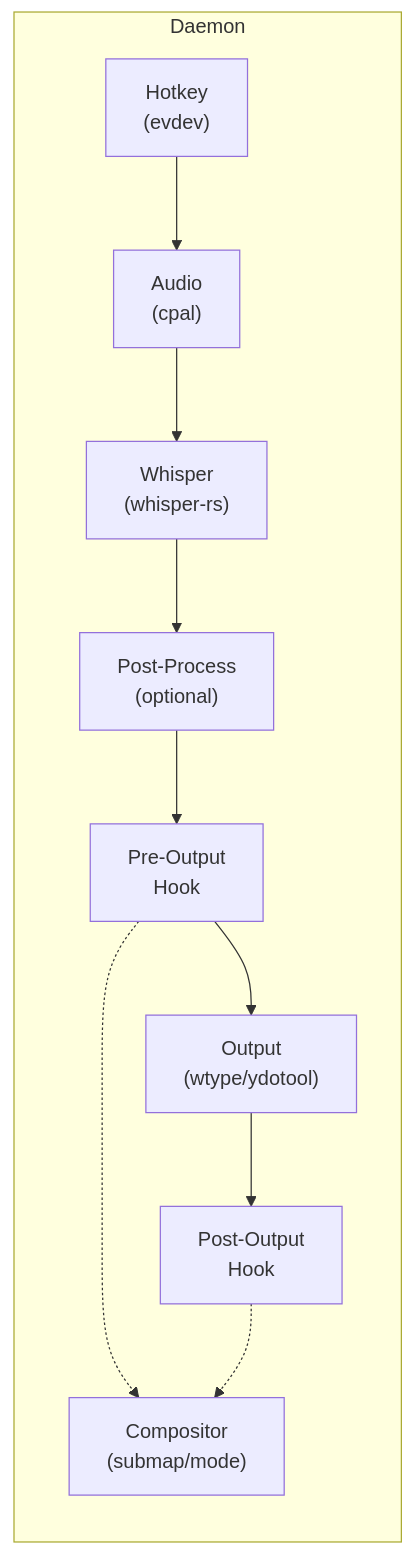
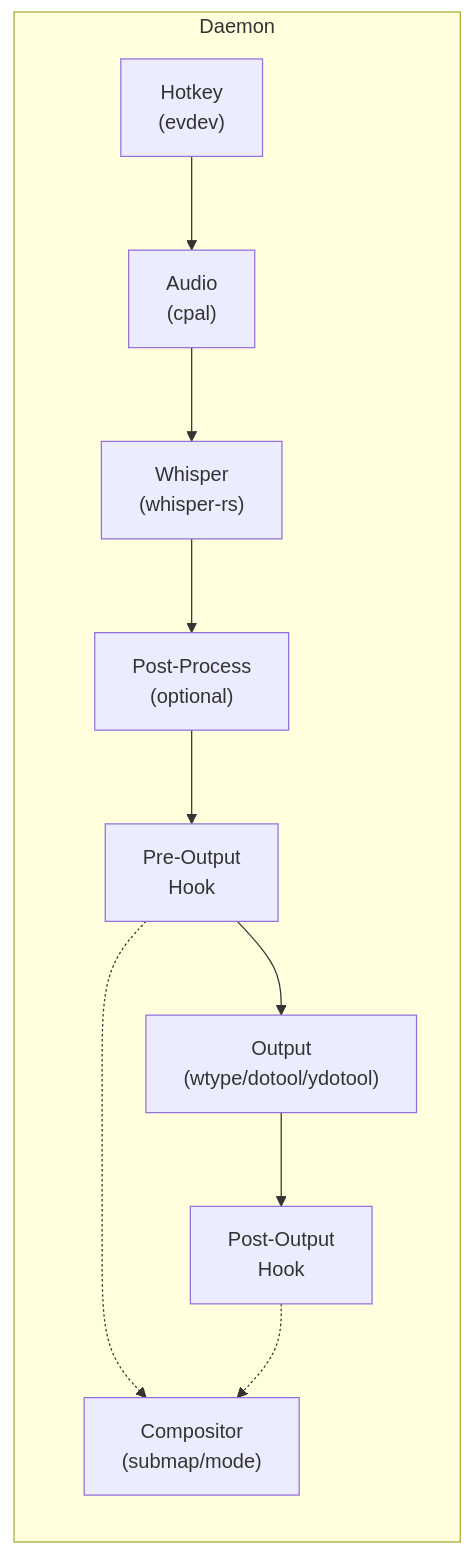
Before and after one commit to peteonrails/voxtype: the diagram in README.md, drawn with Mermaid. The commit also changed other lines of this file and 5 other files, not shown here.

First line of the commit message:
Add dotool output driver with keyboard layout support

````diff
--- a/README.md
+++ b/README.md
@@ -512,13 +518,13 @@
 ```mermaid
 flowchart LR
     subgraph Daemon
         Hotkey["Hotkey<br/>(evdev)"] --> Audio["Audio<br/>(cpal)"]
         Audio --> Whisper["Whisper<br/>(whisper-rs)"]
         Whisper --> PostProcess["Post-Process<br/>(optional)"]
         PostProcess --> PreHook["Pre-Output<br/>Hook"]
-        PreHook --> Output["Output<br/>(wtype/ydotool)"]
+        PreHook --> Output["Output<br/>(wtype/dotool/ydotool)"]
         Output --> PostHook["Post-Output<br/>Hook"]
         PreHook -.-> Compositor["Compositor<br/>(submap/mode)"]
         PostHook -.-> Compositor
     end
 ```
````
